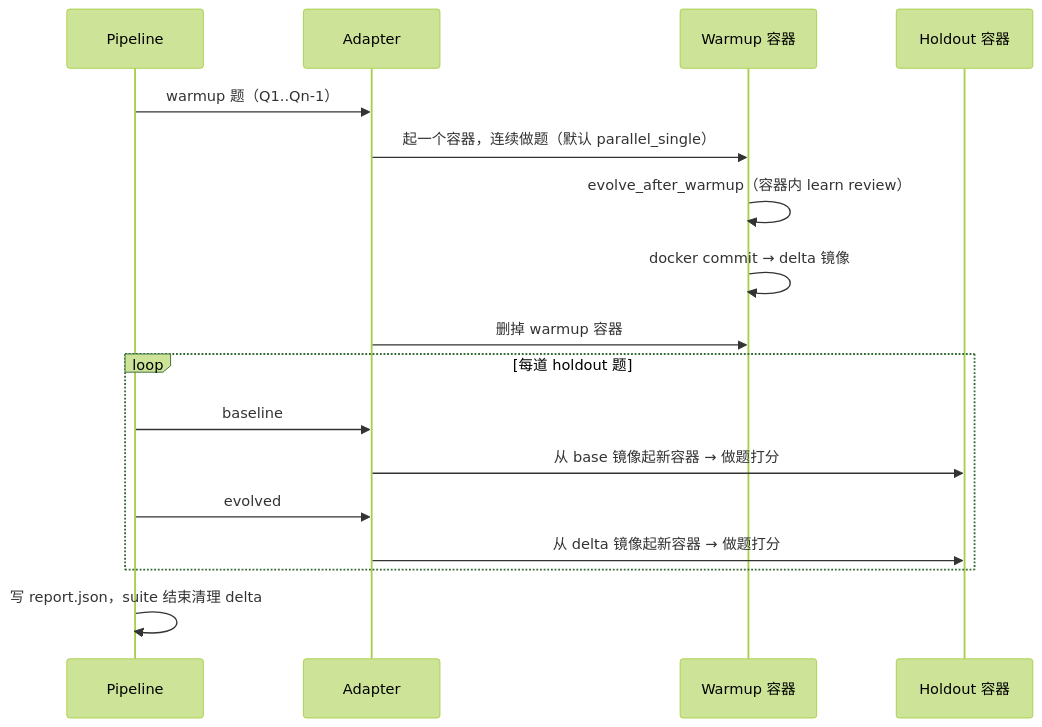
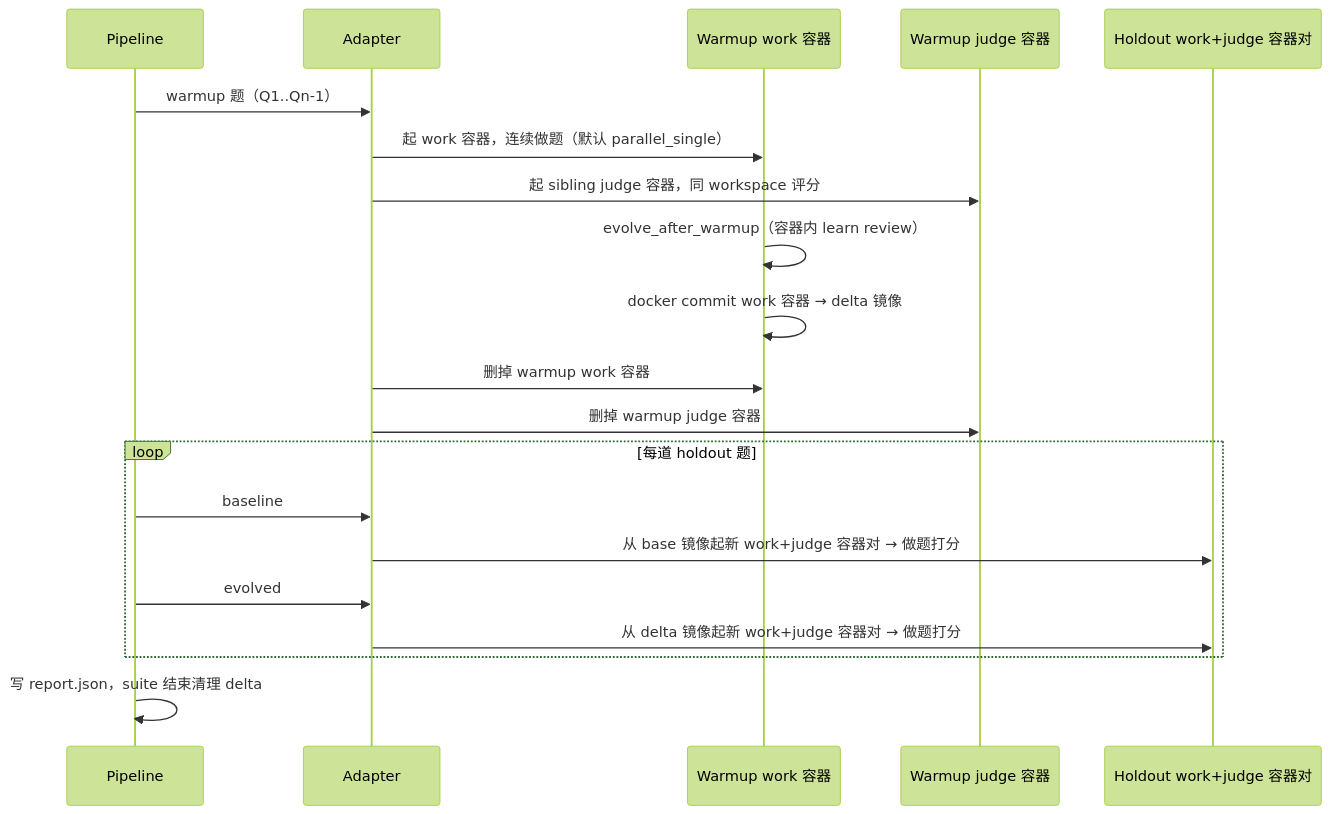
One commit to FeiZhuNiU-INFJA/LIFT changed the second of 2 diagrams in docs/paper-draft.md. Above: the diagram before and after it, drawn with Mermaid (forest theme). The commit also changed other lines of this file and 28 other files, not shown here.

First line of the commit message:
fix: split work and judge containers across runtimes to avoid possible leaks

````diff
--- a/docs/paper-draft.md
+++ b/docs/paper-draft.md
@@ -213,22 +213,25 @@
 ```mermaid
 sequenceDiagram
   participant P as Pipeline
   participant A as Adapter
-  participant W as Warmup 容器
-  participant H as Holdout 容器
+  participant W as Warmup work 容器
+  participant J as Warmup judge 容器
+  participant H as Holdout work+judge 容器对
 
   P->>A: warmup 题（Q1..Qn-1）
-  A->>W: 起一个容器，连续做题（默认 parallel_single）
+  A->>W: 起 work 容器，连续做题（默认 parallel_single）
+  A->>J: 起 sibling judge 容器，同 workspace 评分
   W->>W: evolve_after_warmup（容器内 learn review）
-  W->>W: docker commit → delta 镜像
-  A->>W: 删掉 warmup 容器
+  W->>W: docker commit work 容器 → delta 镜像
+  A->>W: 删掉 warmup work 容器
+  A->>J: 删掉 warmup judge 容器
 
   loop 每道 holdout 题
     P->>A: baseline
-    A->>H: 从 base 镜像起新容器 → 做题打分
+    A->>H: 从 base 镜像起新 work+judge 容器对 → 做题打分
     P->>A: evolved
-    A->>H: 从 delta 镜像起新容器 → 做题打分
+    A->>H: 从 delta 镜像起新 work+judge 容器对 → 做题打分
   end
 
   P->>P: 写 report.json，suite 结束清理 delta
 ```
````
